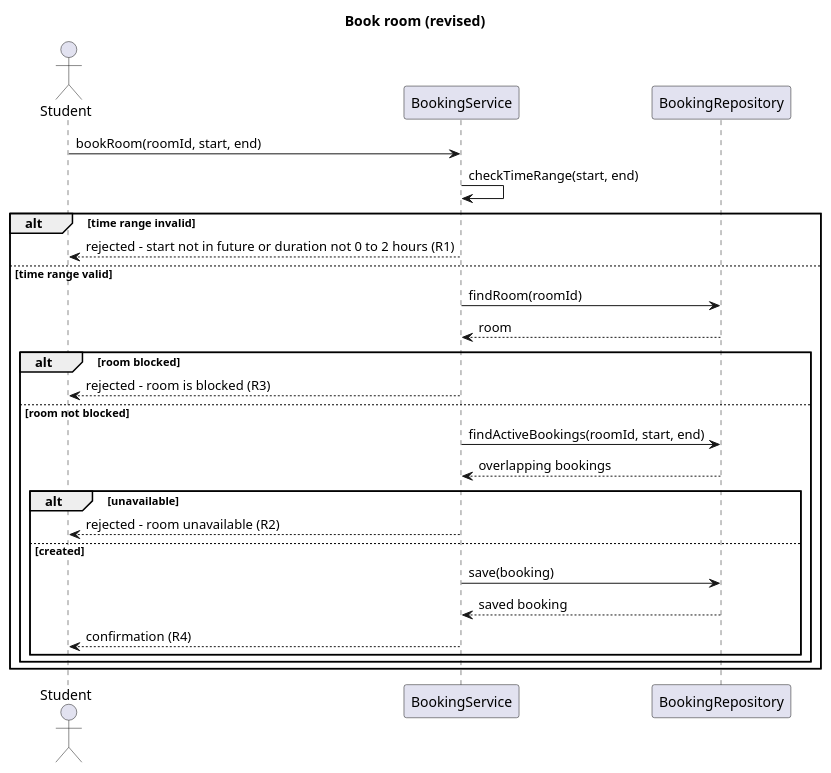
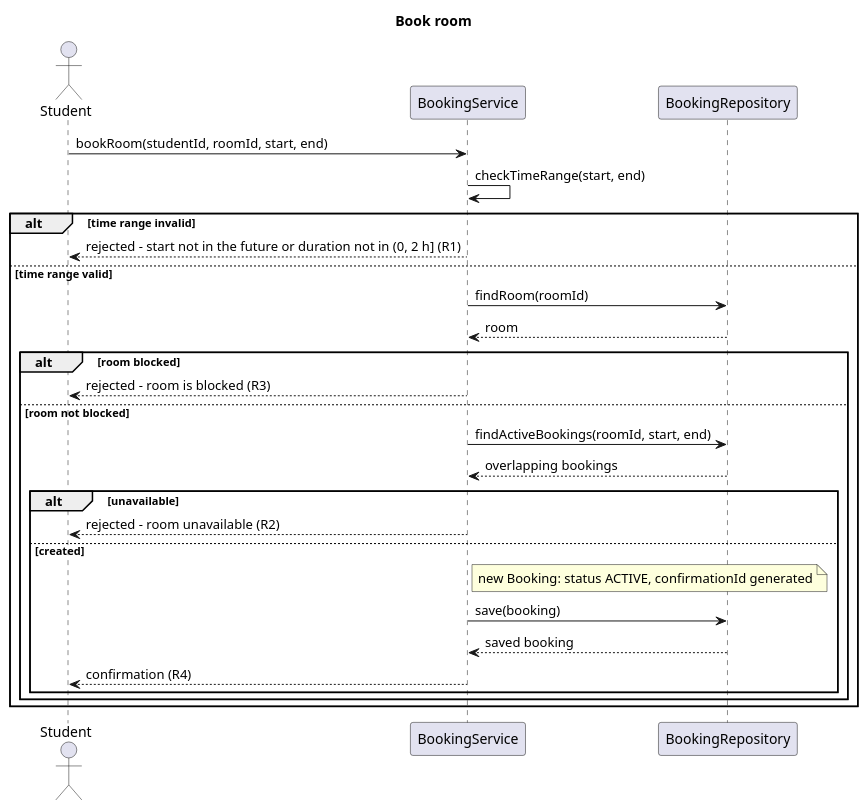
One commit to thxgoosemah/SE-practice changed the diagram in week-04/models/sequence.puml. Above: the diagram before and after it, drawn with PlantUML. The commit also changed 25 other files, not shown here.

```diff
--- a/week-04/models/sequence.puml
+++ b/week-04/models/sequence.puml
@@ -1,29 +1,30 @@
 @startuml
-title Book room (revised)
+title Book room
 
 actor Student
 participant BookingService
 participant BookingRepository
 
-Student -> BookingService : bookRoom(roomId, start, end)
+Student -> BookingService : bookRoom(studentId, roomId, start, end)
 BookingService -> BookingService : checkTimeRange(start, end)
 alt time range invalid
-  BookingService --> Student : rejected - start not in future or duration not 0 to 2 hours (R1)
+  BookingService --> Student : rejected - start not in the future or duration not in (0, 2 h] (R1)
 else time range valid
   BookingService -> BookingRepository : findRoom(roomId)
   BookingRepository --> BookingService : room
   alt room blocked
     BookingService --> Student : rejected - room is blocked (R3)
   else room not blocked
     BookingService -> BookingRepository : findActiveBookings(roomId, start, end)
     BookingRepository --> BookingService : overlapping bookings
     alt unavailable
       BookingService --> Student : rejected - room unavailable (R2)
     else created
+      note right of BookingService : new Booking: status ACTIVE, confirmationId generated
       BookingService -> BookingRepository : save(booking)
       BookingRepository --> BookingService : saved booking
       BookingService --> Student : confirmation (R4)
     end
   end
 end
 @enduml
```
